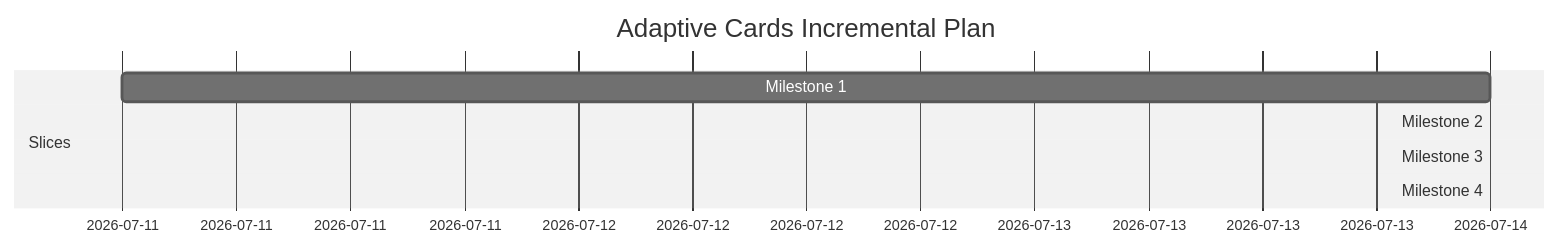
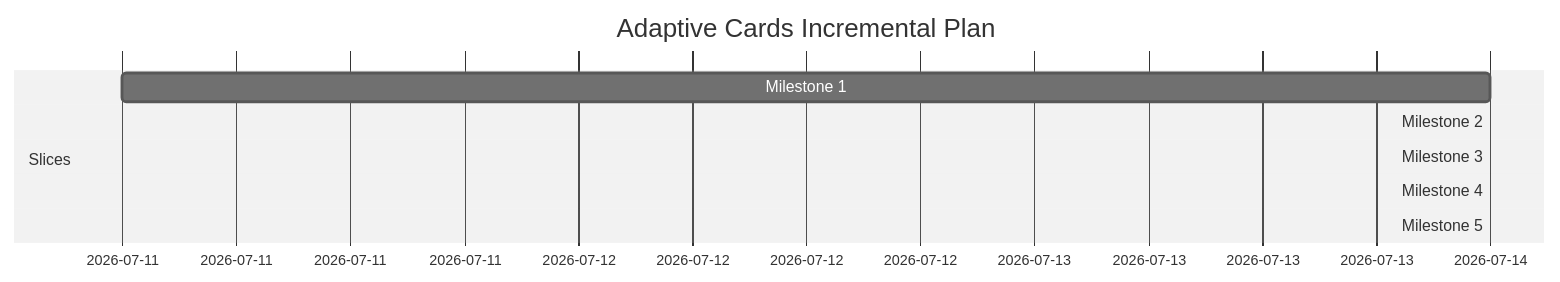
The diagram in docs/adaptive_cards_plan.md (ignacionr/rouen), drawn with Mermaid (neutral theme) before and after one commit. The commit also changed other lines of this file and 1 other file, not shown here.

First line of the commit message:
Add documentation and support for basic Markdown text in Adaptive Cards

````diff
--- a/docs/adaptive_cards_plan.md
+++ b/docs/adaptive_cards_plan.md
@@ -19,10 +19,11 @@
 ```mermaid
 gantt
     title Adaptive Cards Incremental Plan
     dateFormat  YYYY-MM-DD
     section Slices
     Milestone 1: Static Text & Simple Binding   :active, 2026-07-11, 3d
     Milestone 2: Rich Elements & Layouts         : 3d
     Milestone 3: Interactive Inputs & Basic Actions : 3d
     Milestone 4: Loops & Complex Actions        : 3d
+    Milestone 5: Basic Markdown Text Support    : 3d
 ```
````
